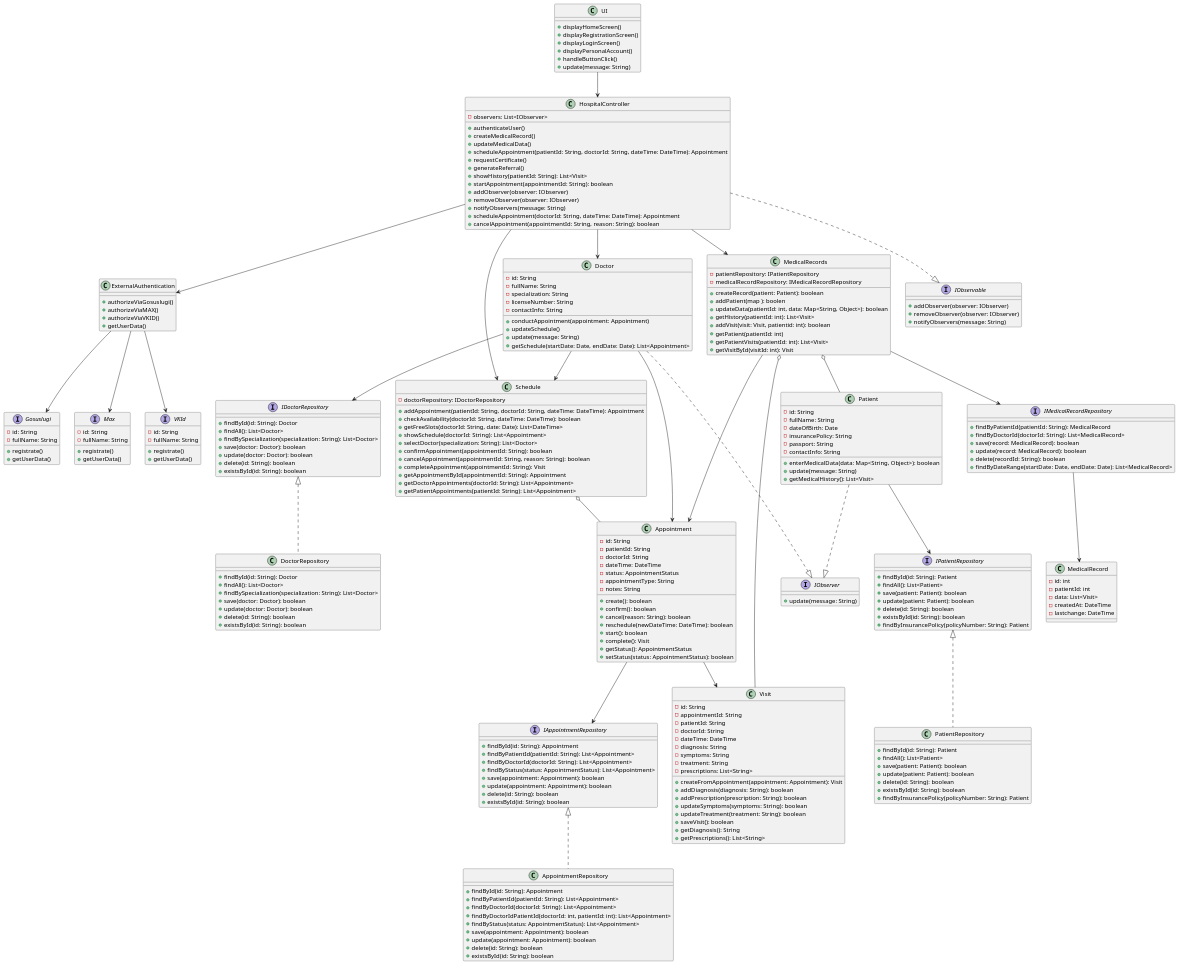
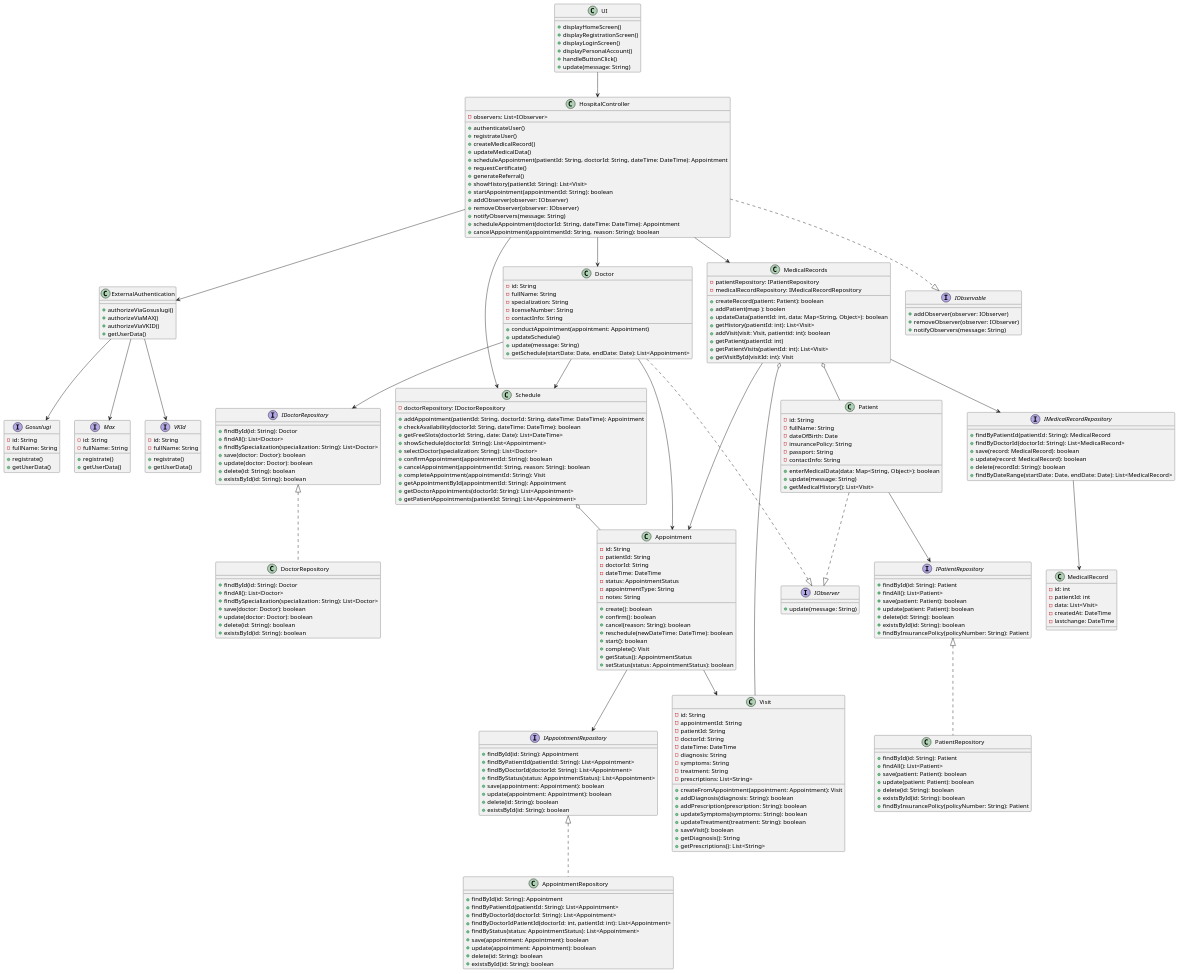
Before and after one commit to penamarth/bsbo-02-23_team5_var3_clinic: the diagram in ClassDiagram.md, drawn with PlantUML.

```diff
--- a/ClassDiagram.md
+++ b/ClassDiagram.md
@@ -224,6 +224,7 @@
 class HospitalController {
     -observers: List<IObserver>
     +authenticateUser() /'Вызывает - ExternalAuthentication '/
+    +registrateUser() /'Вызывает - ExternalAuthentication '/
     +createMedicalRecord() /'Вызывает - MedicalRecords '/
     +updateMedicalData()  /'Вызывает - MedicalRecords '/
     +scheduleAppointment(patientId: String, doctorId: String, dateTime: DateTime): Appointment /'Вызывает Schedule'/
```
